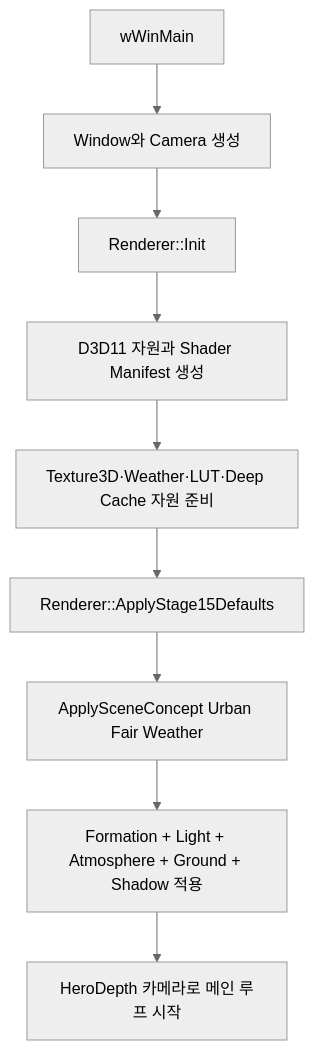
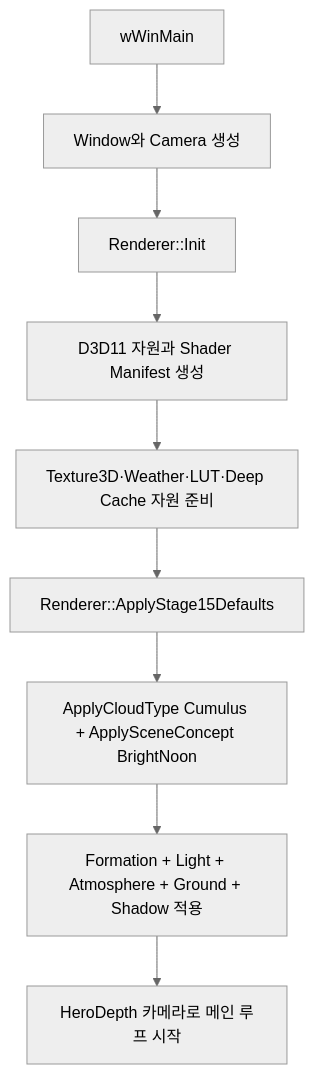
Before and after one commit to ryuhajin/VolumetricCloud: the first of 6 diagrams in doc/RENDERING_PIPELINE_GUIDE.md, drawn with Mermaid (neutral theme). The commit also changed other lines of this file and 109 other files, not shown here.

````diff
--- a/doc/RENDERING_PIPELINE_GUIDE.md
+++ b/doc/RENDERING_PIPELINE_GUIDE.md
@@ -22,11 +28,11 @@
 ```mermaid
 flowchart TD
     A[wWinMain] --> B[Window와 Camera 생성]
     B --> C[Renderer::Init]
     C --> D[D3D11 자원과 Shader Manifest 생성]
     D --> E[Texture3D·Weather·LUT·Deep Cache 자원 준비]
     E --> F[Renderer::ApplyStage15Defaults]
-    F --> G[ApplySceneConcept Urban Fair Weather]
+    F --> G[ApplyCloudType Cumulus + ApplySceneConcept BrightNoon]
     G --> H[Formation + Light + Atmosphere + Ground + Shadow 적용]
     H --> I[HeroDepth 카메라로 메인 루프 시작]
 ```
````
